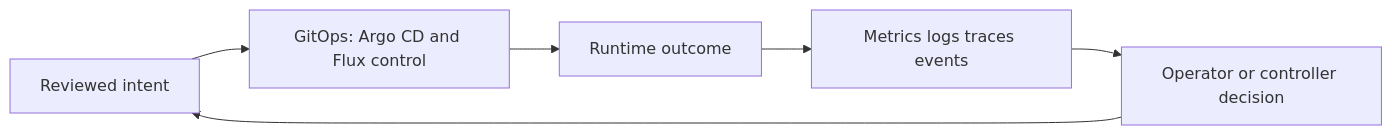
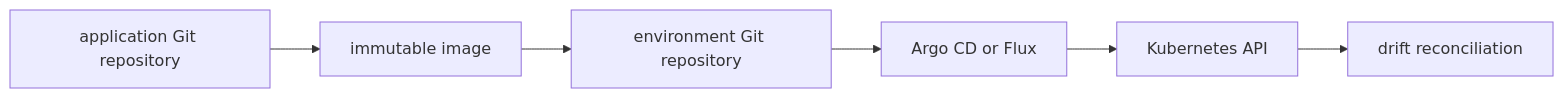
The diagram in docs/study/kubernetes/08-gitops-argo-cd-and-flux.md (m1mohamad/devops-sre-prep), drawn with Mermaid before and after one commit. The commit also changed other lines of this file and 61 other files, not shown here.

Commit message:
Replace generic architecture and study templates

````diff
--- a/docs/study/kubernetes/08-gitops-argo-cd-and-flux.md
+++ b/docs/study/kubernetes/08-gitops-argo-cd-and-flux.md
@@ -20,8 +15,4 @@
 ```mermaid
 flowchart LR
-  Intent[Reviewed intent] --> Control[GitOps: Argo CD and Flux control]
-  Control --> Runtime[Runtime outcome]
-  Runtime --> Signals[Metrics logs traces events]
-  Signals --> Decision[Operator or controller decision]
-  Decision --> Intent
+  N0[application Git repository] --> N1[immutable image] --> N2[environment Git repository] --> N3[Argo CD or Flux] --> N4[Kubernetes API] --> N5[drift reconciliation]
 ```
````
